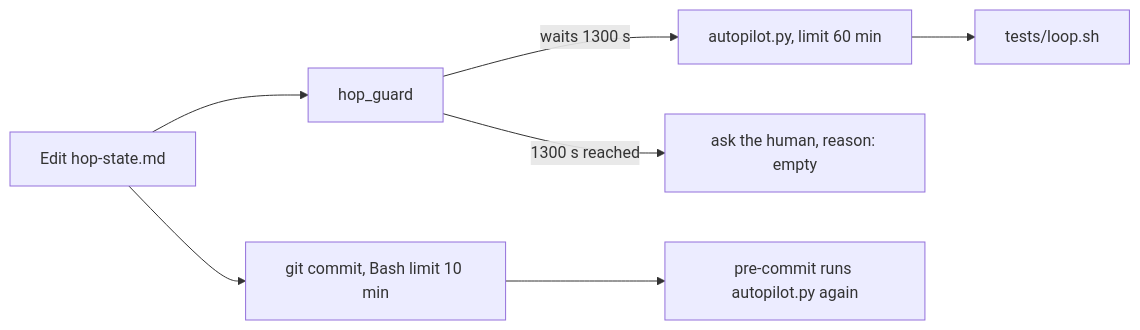
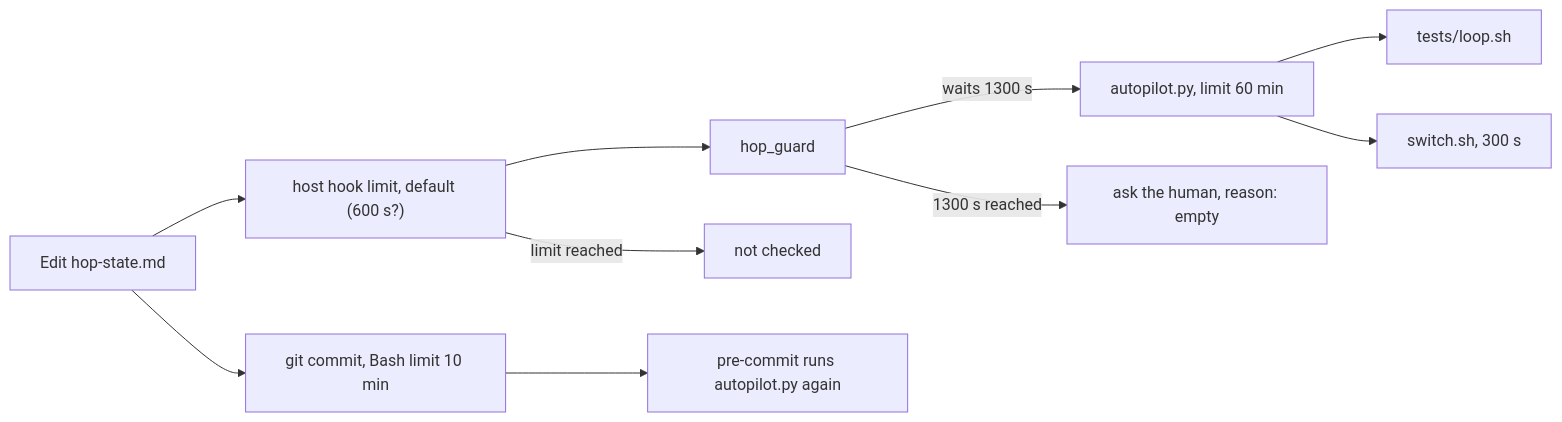
Before and after one commit to kadaluarsa/barbaric-driven-development: the first of 2 diagrams in docs/cascade/05b-t99-gate-timeout.md, drawn with Mermaid. The commit also changed other lines of this file and 4 other files, not shown here.

````diff
--- a/docs/cascade/05b-t99-gate-timeout.md
+++ b/docs/cascade/05b-t99-gate-timeout.md
@@ -41,9 +48,12 @@
 ```mermaid
 flowchart LR
-  E[Edit hop-state.md] --> H[hop_guard]
+  E[Edit hop-state.md] --> HL["host hook limit, default (600 s?)"]
+  HL --> H[hop_guard]
   H -->|waits 1300 s| A[autopilot.py, limit 60 min]
   A --> L[tests/loop.sh]
+  A --> S[switch.sh, 300 s]
   H -->|1300 s reached| X["ask the human, reason: empty"]
+  HL -->|limit reached| U["not checked"]
   E --> C["git commit, Bash limit 10 min"]
   C --> P[pre-commit runs autopilot.py again]
 ```
````
